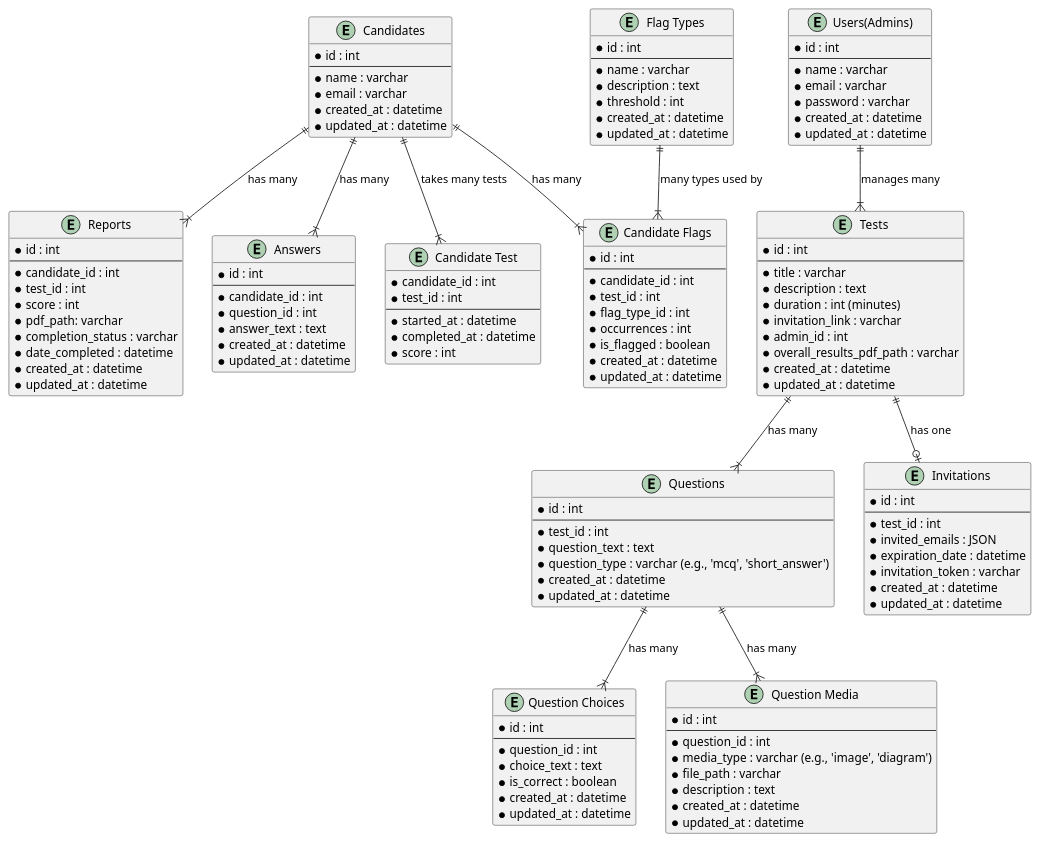
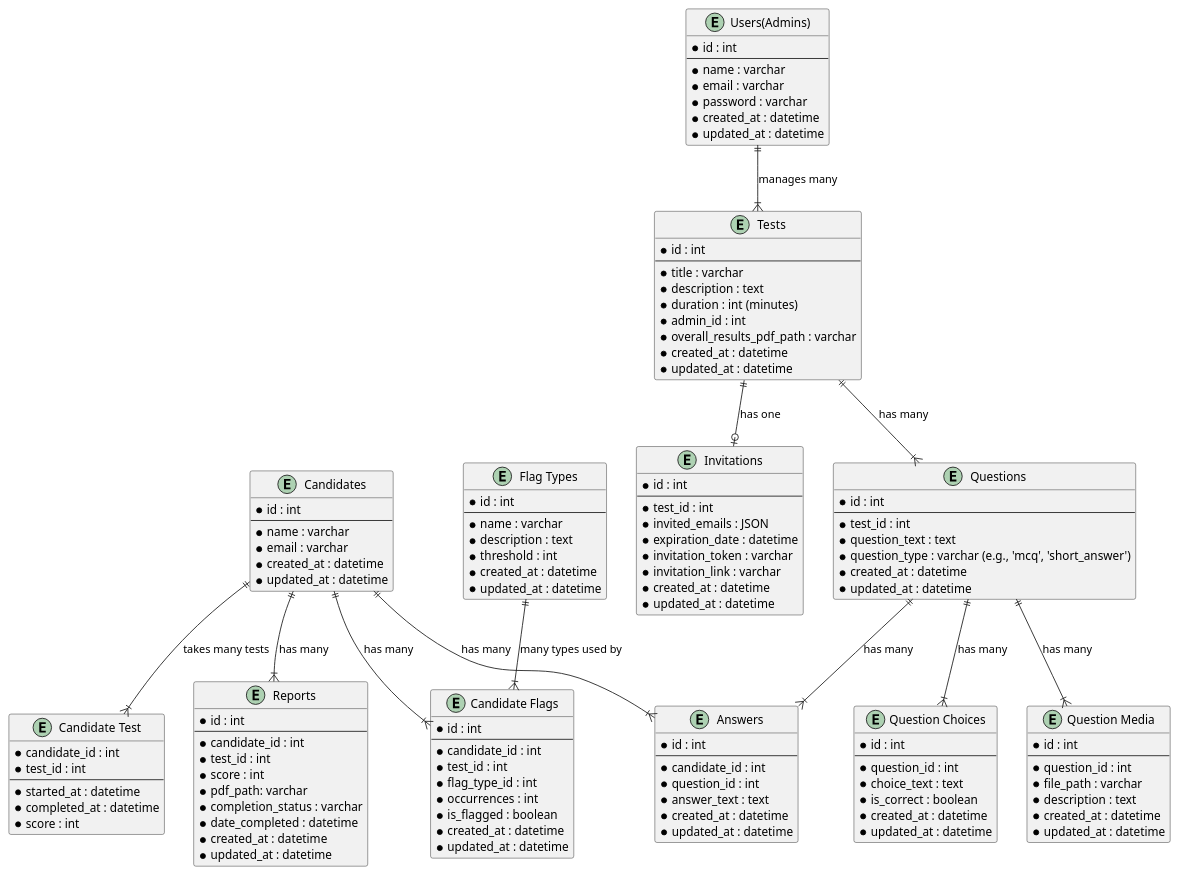
One commit to milelecars/MileleSkillSage changed the diagram in storage/plantuml/db_diagram.puml. Above: the diagram before and after it, drawn with PlantUML. The commit also changed 23 other files, not shown here.

```diff
--- a/storage/plantuml/db_diagram.puml
+++ b/storage/plantuml/db_diagram.puml
@@ -1,143 +1,143 @@
 @startuml "Milele SkillSage"
 
 entity "Candidates" {
   * id : int
   --
   * name : varchar
   * email : varchar
   * created_at : datetime
   * updated_at : datetime
 }
 
 entity "Tests" {
   * id : int
   --
   * title : varchar
   * description : text
   * duration : int (minutes)
-  * invitation_link : varchar
   * admin_id : int
   * overall_results_pdf_path : varchar
   * created_at : datetime
   * updated_at : datetime
 }
 
 entity "Candidate Test" {
   * candidate_id : int
   * test_id : int
   --
   * started_at : datetime
   * completed_at : datetime
   * score : int
 }
 
 entity "Questions" {
   * id : int
   --
   * test_id : int
   * question_text : text
   * question_type : varchar (e.g., 'mcq', 'short_answer')
   * created_at : datetime
   * updated_at : datetime
 }
 
 entity "Question Choices" {
   * id : int
   --
   * question_id : int
   * choice_text : text
   * is_correct : boolean
   * created_at : datetime
   * updated_at : datetime
 }
 
 entity "Question Media" {
   * id : int
   --
   * question_id : int
-  * media_type : varchar (e.g., 'image', 'diagram')
   * file_path : varchar
   * description : text
   * created_at : datetime
   * updated_at : datetime
 }
 
 entity "Answers" {
   * id : int
   --
   * candidate_id : int
   * question_id : int
   * answer_text : text
   * created_at : datetime
   * updated_at : datetime
 }
 
 entity "Users(Admins)" {
   * id : int
   --
   * name : varchar
   * email : varchar
   * password : varchar  
   * created_at : datetime
   * updated_at : datetime
 }
 
 entity "Flag Types" {
   * id : int
   --
   * name : varchar
   * description : text
   * threshold : int
   * created_at : datetime
   * updated_at : datetime
 }
 
 entity "Candidate Flags" {
   * id : int
   --
   * candidate_id : int
   * test_id : int
   * flag_type_id : int
   * occurrences : int
   * is_flagged : boolean
   * created_at : datetime
   * updated_at : datetime
 }
 
 entity "Invitations" {
   * id : int
   --
   * test_id : int
   * invited_emails : JSON
   * expiration_date : datetime
   * invitation_token : varchar
+  * invitation_link : varchar
   * created_at : datetime
   * updated_at : datetime
 }
 
 entity "Reports" {
   * id : int
   --
   * candidate_id : int
   * test_id : int
   * score : int
   * pdf_path: varchar
   * completion_status : varchar
   * date_completed : datetime
   * created_at : datetime
   * updated_at : datetime
 }
 
 ' Relationships
 "Candidates" ||--|{ "Reports" : has many
 "Candidates" ||--|{ "Answers" : has many
 "Candidates" ||--|{ "Candidate Flags" : has many
 "Candidates" ||--|{ "Candidate Test" : takes many tests
 "Tests" ||--|{ "Questions" : has many
 "Tests" ||--o| "Invitations" : has one
 "Questions" ||--|{ "Question Choices" : has many
 "Questions" ||--|{ "Question Media" : has many
+"Questions" ||--|{ "Answers" : has many  
 "Flag Types" ||--|{ "Candidate Flags" : many types used by
 "Users(Admins)" ||--|{ "Tests" : manages many
 
 @enduml
```
